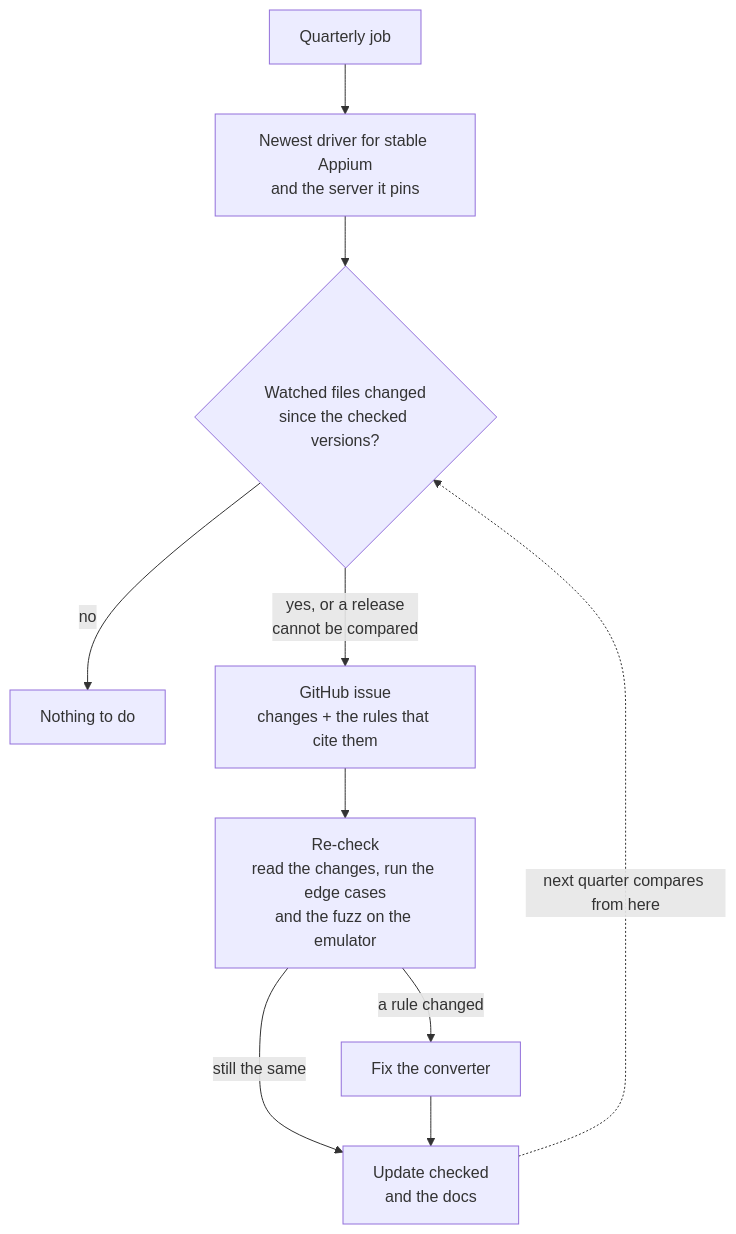
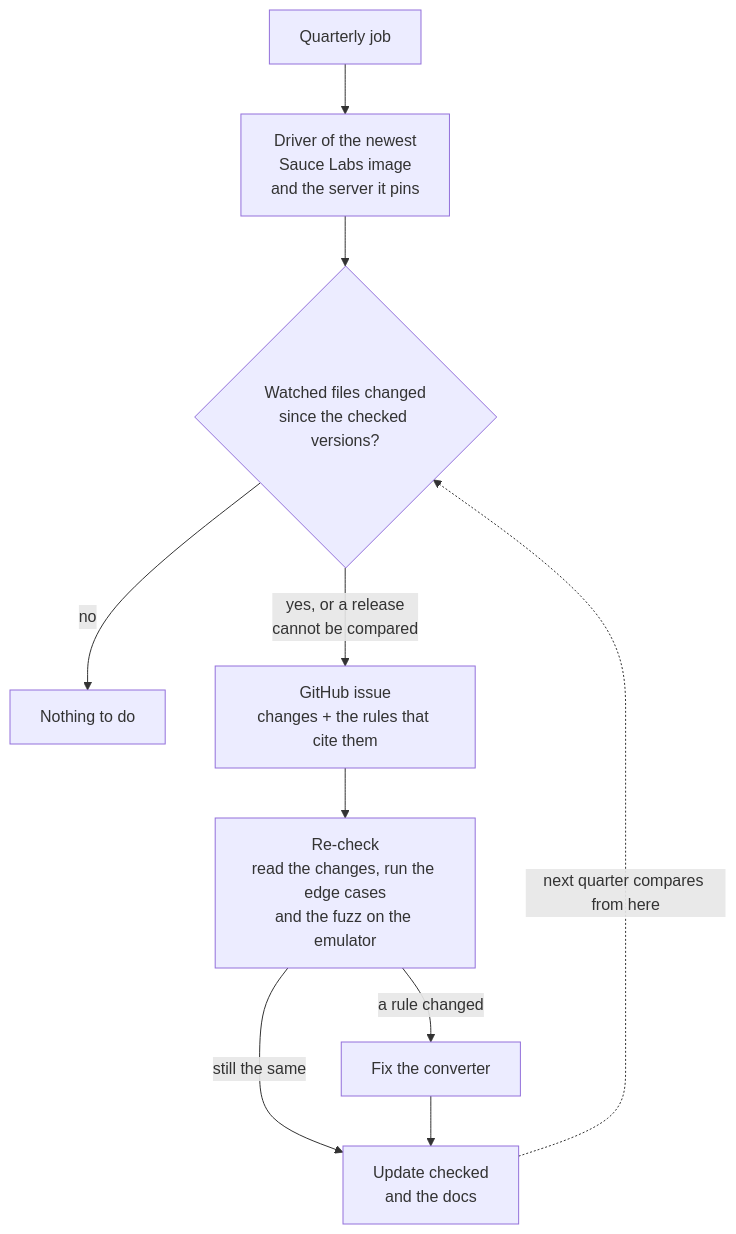
One commit to domovou69/xpath-to-uiselector changed the third of 3 diagrams in docs/how-it-works.md. Above: the diagram before and after it, drawn with Mermaid. The commit also changed other lines of this file, not shown here.

Commit message:
docs: how-it-works follows the Sauce Labs image

````diff
--- a/docs/how-it-works.md
+++ b/docs/how-it-works.md
@@ -78,12 +78,12 @@
 ```mermaid
 flowchart TD
-  job["Quarterly job"] --> latest["Newest driver for stable Appium<br/>and the server it pins"]
+  job["Quarterly job"] --> latest["Driver of the newest<br/>Sauce Labs image<br/>and the server it pins"]
   latest --> cmp{"Watched files changed<br/>since the checked versions?"}
   cmp -->|no| idle["Nothing to do"]
   cmp -->|"yes, or a release<br/>cannot be compared"| issue["GitHub issue<br/>changes + the rules that cite them"]
   issue --> recheck["Re-check<br/>read the changes, run the edge cases<br/>and the fuzz on the emulator"]
   recheck -->|"a rule changed"| fix["Fix the converter"]
   recheck -->|"still the same"| update["Update checked<br/>and the docs"]
   fix --> update
   update -.->|"next quarter compares from here"| cmp
 ```
````
